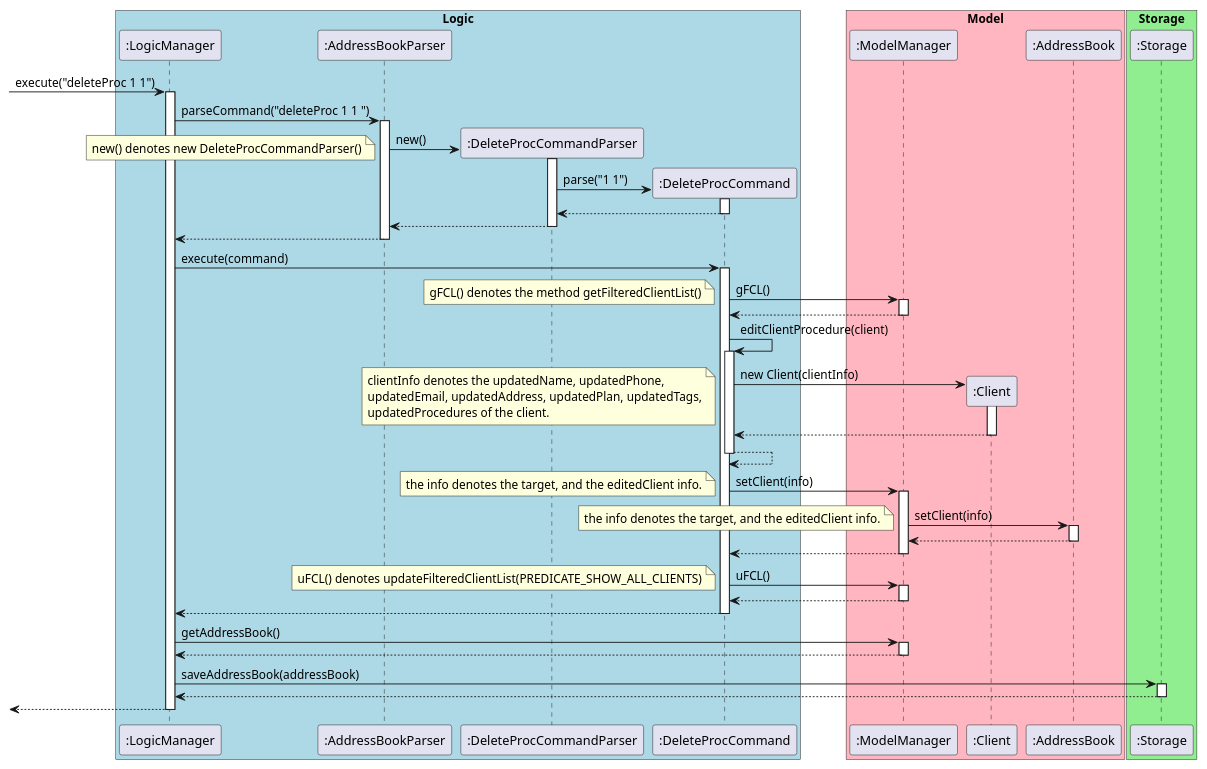
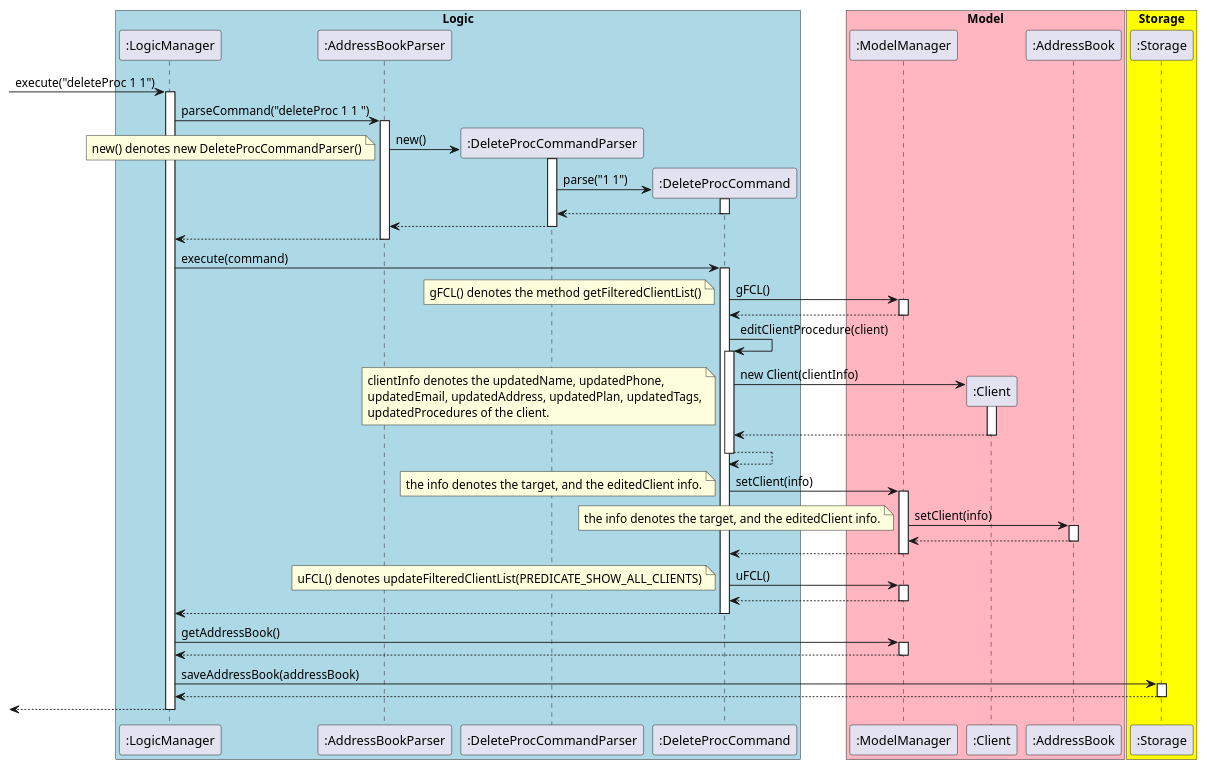
One commit to robinrojh/tp changed the first of 2 diagrams in docs/diagrams/DeleteProc.puml. Above: the diagram before and after it, drawn with PlantUML. The commit also changed 3 other files, not shown here.

```diff
--- a/docs/diagrams/DeleteProc.puml
+++ b/docs/diagrams/DeleteProc.puml
@@ -8,93 +8,93 @@
 @startuml
 
 box "Logic" #LightBlue
 -> ":LogicManager" : execute("deleteProc 1 1")
 activate ":LogicManager"
 
 ":LogicManager" -> ":AddressBookParser" : parseCommand("deleteProc 1 1 ")
 activate ":AddressBookParser"
 
 create ":DeleteProcCommandParser"
 ":AddressBookParser" -> ":DeleteProcCommandParser" : new()
 activate ":DeleteProcCommandParser"
 note left
     new() denotes new DeleteProcCommandParser()
 end note
 create ":DeleteProcCommand"
 ":DeleteProcCommandParser" -> ":DeleteProcCommand" : parse("1 1")
 activate ":DeleteProcCommand"
 
 ":DeleteProcCommand" --> ":DeleteProcCommandParser"
 deactivate ":DeleteProcCommand"
 ":DeleteProcCommandParser" --> ":AddressBookParser"
 deactivate ":DeleteProcCommandParser"
 ":AddressBookParser" --> ":LogicManager"
 deactivate ":AddressBookParser"
 endbox
 
-box "Model" #LightPink
+box "Model" #lightPink
 ":LogicManager" -> ":DeleteProcCommand" : execute(command)
 activate ":DeleteProcCommand"
 ":DeleteProcCommand" -> ":ModelManager" : gFCL()
 activate ":ModelManager"
 note left
     gFCL() denotes the method getFilteredClientList()
 end note
 ":ModelManager" --> ":DeleteProcCommand"
 deactivate ":ModelManager"
 ":DeleteProcCommand" -> ":DeleteProcCommand" : editClientProcedure(client)
 activate ":DeleteProcCommand"
 create ":Client"
 ":DeleteProcCommand" -> ":Client" : new Client(clientInfo)
 activate ":Client"
 note left
     clientInfo denotes the updatedName, updatedPhone,
     updatedEmail, updatedAddress, updatedPlan, updatedTags,
     updatedProcedures of the client.
 end note
 ":Client" --> ":DeleteProcCommand"
 deactivate ":Client"
 ":DeleteProcCommand" --> ":DeleteProcCommand"
 deactivate ":DeleteProcCommand"
 
 ":DeleteProcCommand" -> ":ModelManager" : setClient(info)
 note left
     the info denotes the target, and the editedClient info.
 end note
 activate ":ModelManager"
 ":ModelManager" -> ":AddressBook" : setClient(info)
 note left
     the info denotes the target, and the editedClient info.
 end note
 activate ":AddressBook"
 ":AddressBook" --> ":ModelManager"
 deactivate ":AddressBook"
 ":ModelManager" --> ":DeleteProcCommand"
 deactivate ":ModelManager"
 endbox
 
-box "Storage" #LightGreen
+box "Storage" #Yellow
 ":DeleteProcCommand" -> ":ModelManager" : uFCL()
 activate ":ModelManager"
 note left
     uFCL() denotes updateFilteredClientList(PREDICATE_SHOW_ALL_CLIENTS)
 end note
 ":ModelManager" --> ":DeleteProcCommand"
 deactivate ":ModelManager"
 ":DeleteProcCommand" --> ":LogicManager"
 deactivate ":DeleteProcCommand"
 
 ":LogicManager" -> ":ModelManager" : getAddressBook()
 activate ":ModelManager"
 ":ModelManager" --> ":LogicManager"
 deactivate ":ModelManager"
 
 ":LogicManager" -> ":Storage" : saveAddressBook(addressBook)
 activate ":Storage"
 ":Storage" --> ":LogicManager"
 deactivate ":Storage"
 
 <-- ":LogicManager"
 deactivate ":LogicManager"
 endbox
 @enduml
```
